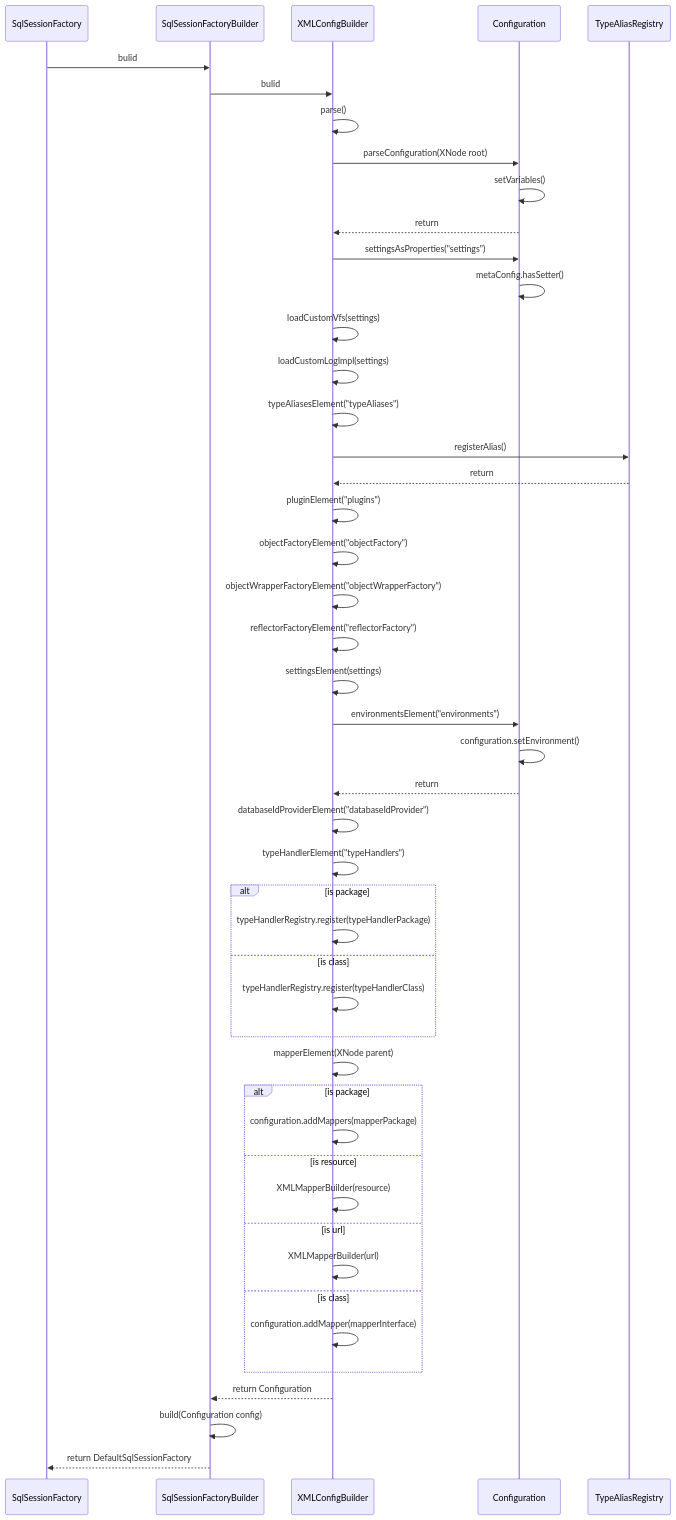
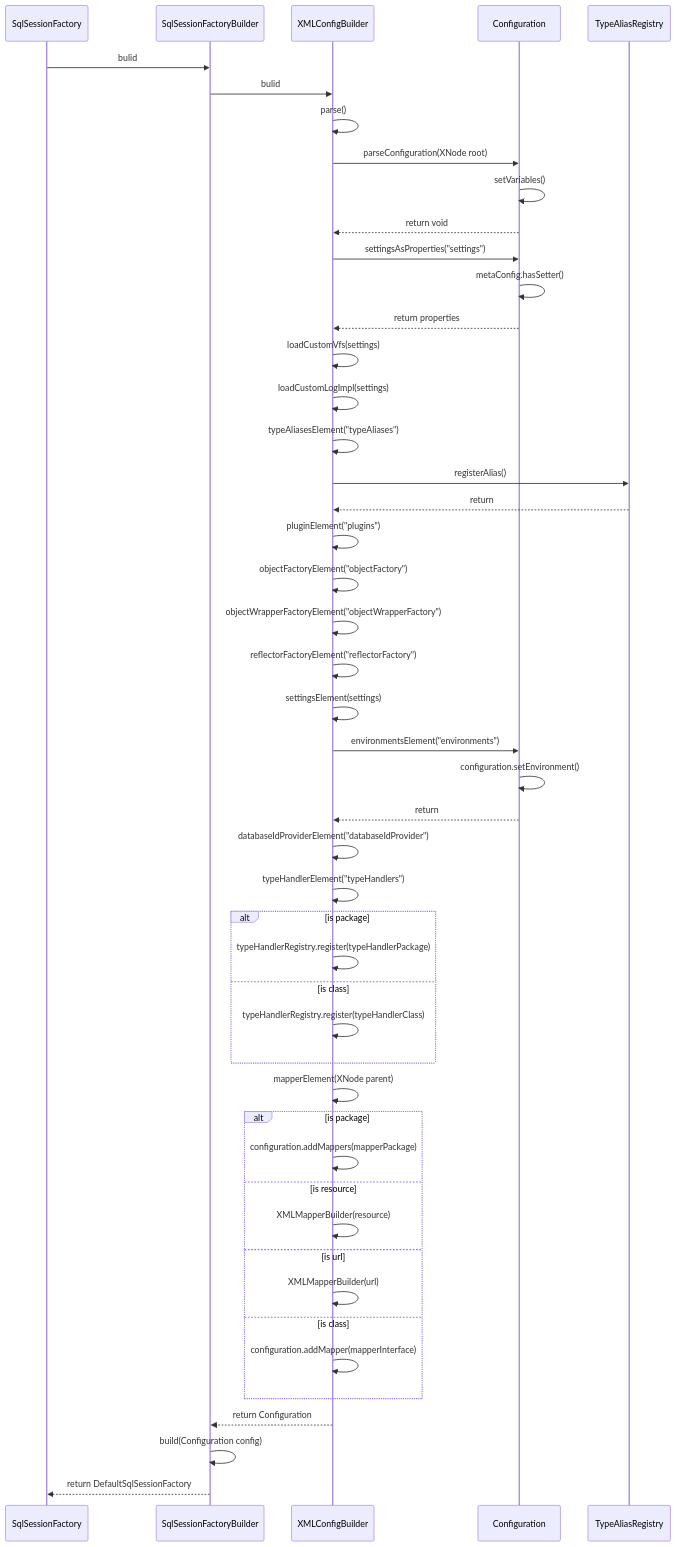
The first of 2 diagrams in _posts/2020-05-02-mybatis-work-theory-2.md (DBruceLee/DBruceLee.github.io), drawn with Mermaid before and after one commit.

Commit message:
mybatis 工作原理

````diff
--- a/_posts/2020-05-02-mybatis-work-theory-2.md
+++ b/_posts/2020-05-02-mybatis-work-theory-2.md
@@ -24,44 +24,45 @@
 ```mermaid
 sequenceDiagram
   SqlSessionFactory->>SqlSessionFactoryBuilder: bulid
   SqlSessionFactoryBuilder->>XMLConfigBuilder: bulid
   XMLConfigBuilder->>XMLConfigBuilder: parse()
   XMLConfigBuilder->>Configuration: parseConfiguration(XNode root)
   Configuration->>Configuration: setVariables()
-  Configuration-->>XMLConfigBuilder: return
+  Configuration-->>XMLConfigBuilder: return void
   XMLConfigBuilder->>Configuration: settingsAsProperties("settings")
   Configuration->>Configuration: metaConfig.hasSetter()
+  Configuration-->>XMLConfigBuilder: return properties
   XMLConfigBuilder->>XMLConfigBuilder: loadCustomVfs(settings)
   XMLConfigBuilder->>XMLConfigBuilder: loadCustomLogImpl(settings)
   XMLConfigBuilder->>XMLConfigBuilder: typeAliasesElement("typeAliases")
   XMLConfigBuilder->>TypeAliasRegistry: registerAlias() 
   TypeAliasRegistry-->>XMLConfigBuilder: return
   XMLConfigBuilder->>XMLConfigBuilder: pluginElement("plugins")
   XMLConfigBuilder->>XMLConfigBuilder: objectFactoryElement("objectFactory")
   XMLConfigBuilder->>XMLConfigBuilder: objectWrapperFactoryElement("objectWrapperFactory")
   XMLConfigBuilder->>XMLConfigBuilder: reflectorFactoryElement("reflectorFactory")
   XMLConfigBuilder->>XMLConfigBuilder: settingsElement(settings)
   XMLConfigBuilder->>Configuration: environmentsElement("environments")
   Configuration->>Configuration: configuration.setEnvironment()
   Configuration-->>XMLConfigBuilder: return
  XMLConfigBuilder->>XMLConfigBuilder: databaseIdProviderElement("databaseIdProvider")
  XMLConfigBuilder->>XMLConfigBuilder: typeHandlerElement("typeHandlers")
  alt is package
  XMLConfigBuilder->>XMLConfigBuilder: typeHandlerRegistry.register(typeHandlerPackage)
  else is class
  XMLConfigBuilder->>XMLConfigBuilder: typeHandlerRegistry.register(typeHandlerClass)
  end
  XMLConfigBuilder->>XMLConfigBuilder: mapperElement(XNode parent)
  alt is package
  XMLConfigBuilder->>XMLConfigBuilder: configuration.addMappers(mapperPackage)
  else is resource
  XMLConfigBuilder->>XMLConfigBuilder: XMLMapperBuilder(resource) 
  else is url
  XMLConfigBuilder->>XMLConfigBuilder: XMLMapperBuilder(url) 
  else is class
  XMLConfigBuilder->>XMLConfigBuilder: configuration.addMapper(mapperInterface)
  end
  XMLConfigBuilder-->>SqlSessionFactoryBuilder: return Configuration
  SqlSessionFactoryBuilder->>SqlSessionFactoryBuilder: build(Configuration config)
  SqlSessionFactoryBuilder-->>SqlSessionFactory: return DefaultSqlSessionFactory
 ```
````
